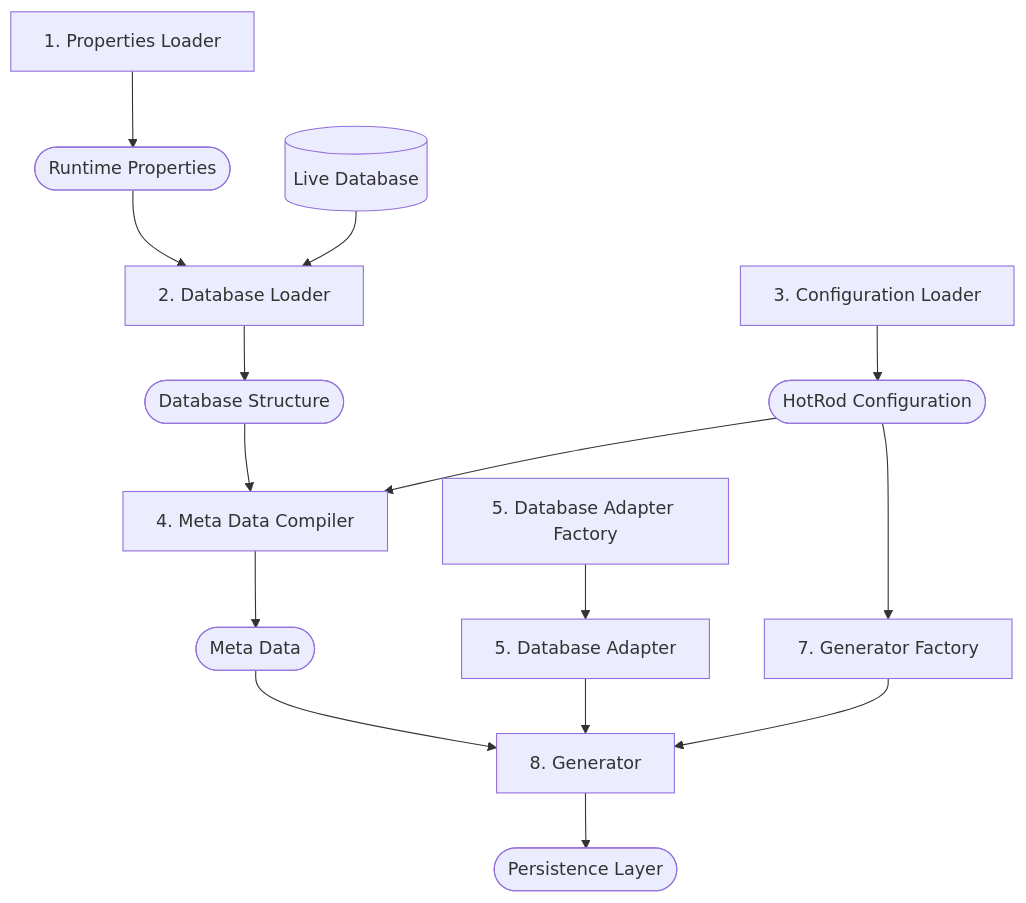
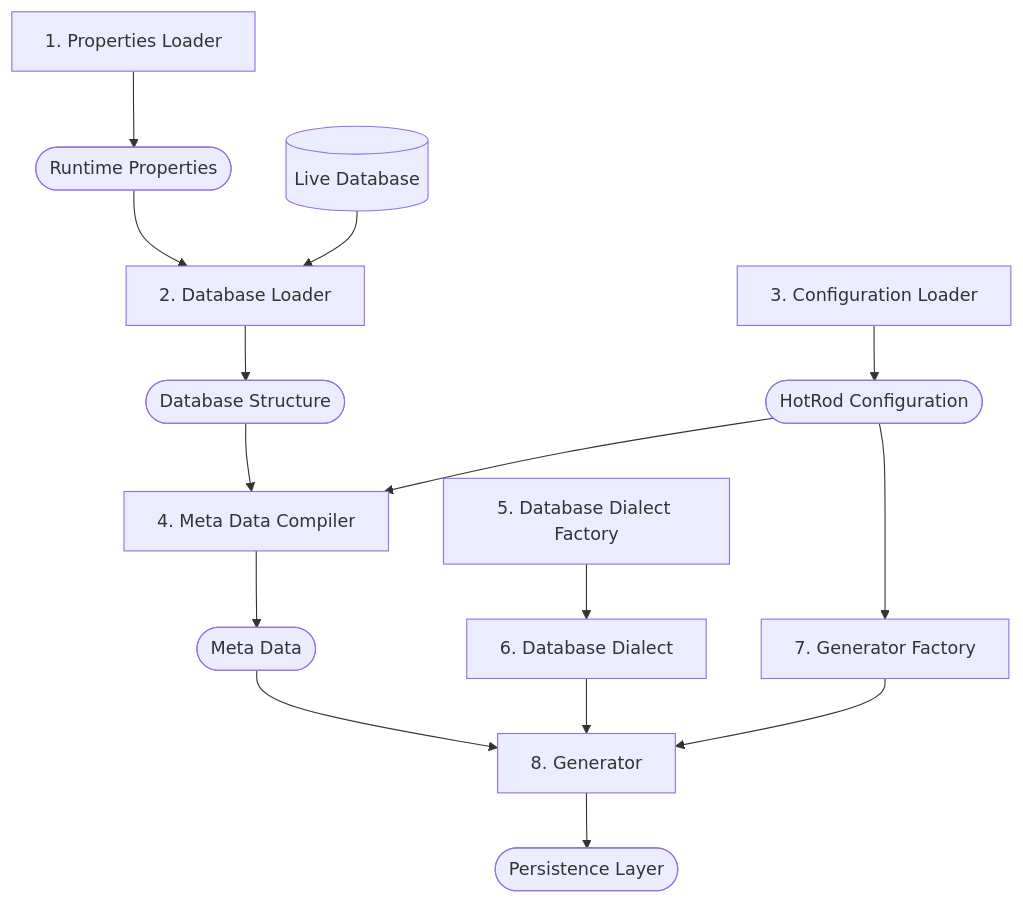
Before and after one commit to hotrodorm/hotrod: the diagram in hotrod-project/docs/architecture.md, drawn with Mermaid. The commit also changed other lines of this file, not shown here.

````diff
--- a/hotrod-project/docs/architecture.md
+++ b/hotrod-project/docs/architecture.md
@@ -13,23 +17,23 @@
 ```mermaid
 graph TD;
 
 A[1. Properties Loader] --> B([Runtime Properties]);
 
 B --> F[2. Database Loader];
 G[(Live Database)] --> F;
 C[3. Configuration Loader] --> D([HotRod Configuration]);
 F --> E([Database Structure]);
 
 E --> H[4. Meta Data Compiler];
 D --> H;
 H --> I([Meta Data]);
 
 D --> J[7. Generator Factory];
 J --> K[8. Generator];
 I --> K;
 K --> L([Persistence Layer]);
 
-M[5. Database Adapter Factory] --> N[5. Database Adapter];
+M[5. Database Dialect Factory] --> N[6. Database Dialect];
 N --> K;
 
 ```
````
